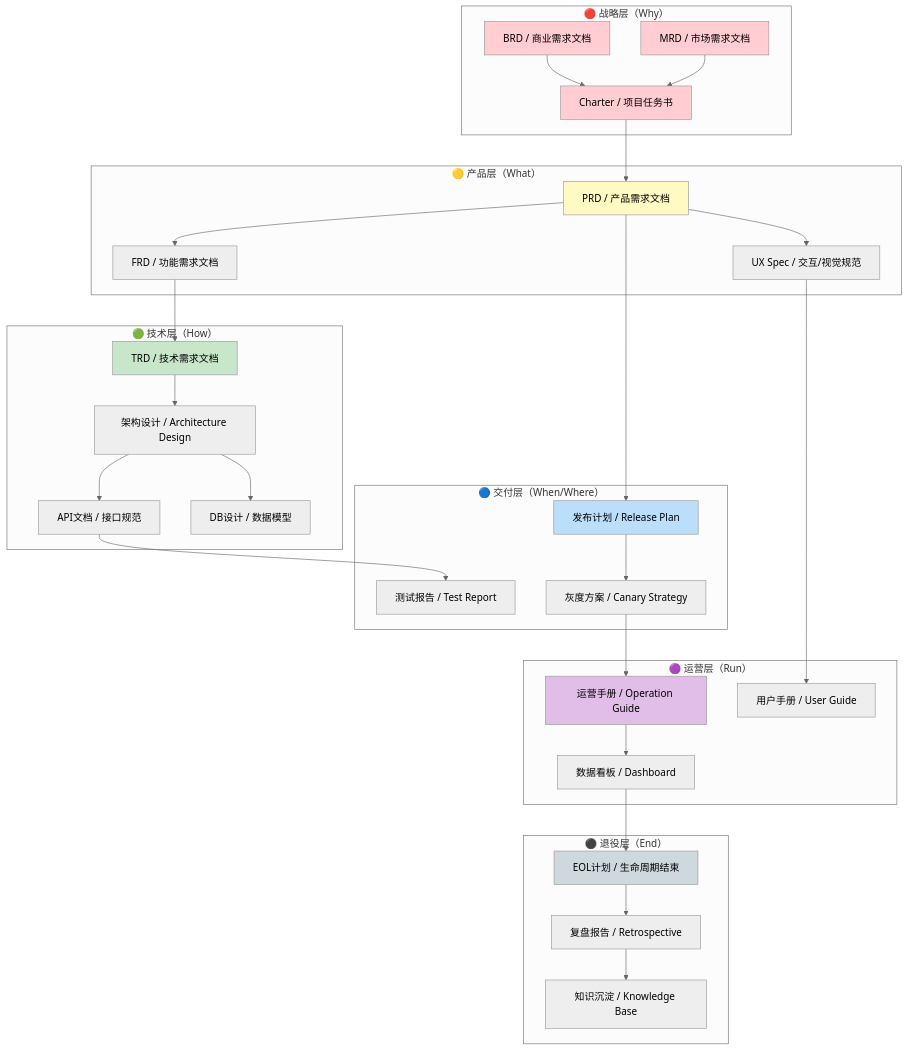
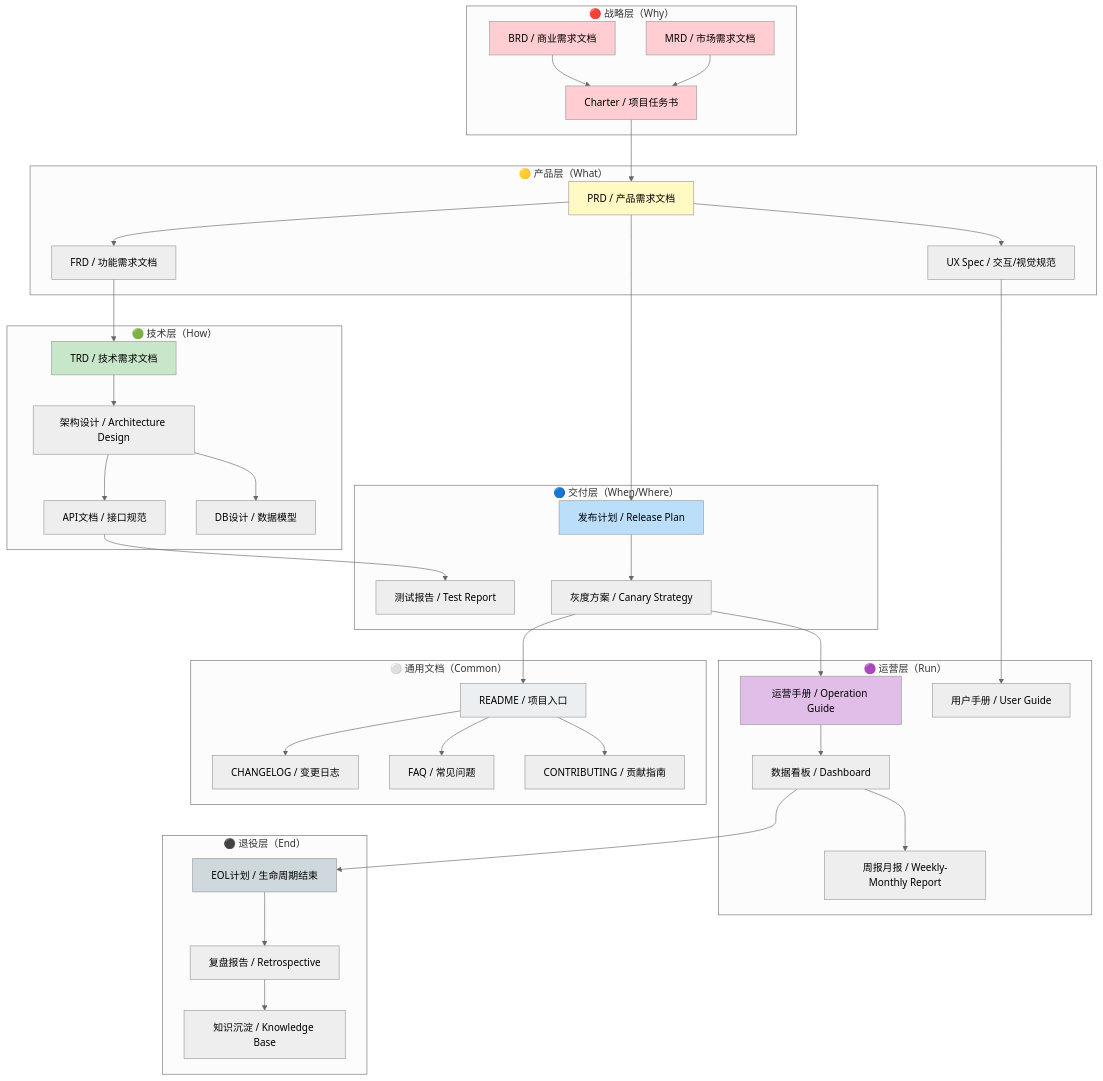
The first of 4 diagrams in references/templates/产品/README.md (Kirky-X/cangjie), drawn with Mermaid (neutral theme) before and after one commit. The commit also changed other lines of this file and 9 other files, not shown here.

````diff
--- a/references/templates/产品/README.md
+++ b/references/templates/产品/README.md
@@ -3,67 +3,81 @@
 ```mermaid
 flowchart TB
     subgraph 战略层["🔴 战略层（Why）"]
         A1[BRD / 商业需求文档]
         A2[MRD / 市场需求文档]
         A3[Charter / 项目任务书]
     end
 
     subgraph 产品层["🟡 产品层（What）"]
         B1[PRD / 产品需求文档]
         B2[FRD / 功能需求文档]
         B3[UX Spec / 交互/视觉规范]
     end
 
     subgraph 技术层["🟢 技术层（How）"]
         C1[TRD / 技术需求文档]
         C2[架构设计 / Architecture Design]
         C3[API文档 / 接口规范]
         C4[DB设计 / 数据模型]
     end
 
     subgraph 交付层["🔵 交付层（When/Where）"]
         D1[发布计划 / Release Plan]
         D2[测试报告 / Test Report]
         D3[灰度方案 / Canary Strategy]
     end
 
     subgraph 运营层["🟣 运营层（Run）"]
         E1[运营手册 / Operation Guide]
         E2[数据看板 / Dashboard]
         E3[用户手册 / User Guide]
+        E4[周报月报 / Weekly-Monthly Report]
     end
 
     subgraph 退役层["⚫ 退役层（End）"]
         F1[EOL计划 / 生命周期结束]
         F2[复盘报告 / Retrospective]
         F3[知识沉淀 / Knowledge Base]
+    end
+
+    subgraph 通用["⚪ 通用文档（Common）"]
+        G1[README / 项目入口]
+        G2[CHANGELOG / 变更日志]
+        G3[FAQ / 常见问题]
+        G4[CONTRIBUTING / 贡献指南]
     end
 
     A1 --> A3
     A2 --> A3
     A3 --> B1
     B1 --> B2
     B1 --> B3
     B2 --> C1
     C1 --> C2
     C2 --> C3
     C2 --> C4
     B1 --> D1
     C3 --> D2
     D1 --> D3
     D3 --> E1
     E1 --> E2
     B3 --> E3
+    E2 --> E4
     E2 --> F1
     F1 --> F2
     F2 --> F3
+    D3 --> G1
+    G1 --> G2
+    G1 --> G3
+    G1 --> G4
 
     style A1 fill:#ffcdd2
     style A2 fill:#ffcdd2
     style A3 fill:#ffcdd2
     style B1 fill:#fff9c4
     style C1 fill:#c8e6c9
     style D1 fill:#bbdefb
     style E1 fill:#e1bee7
     style F1 fill:#cfd8dc
+    style G1 fill:#eceff1
 ```
````
